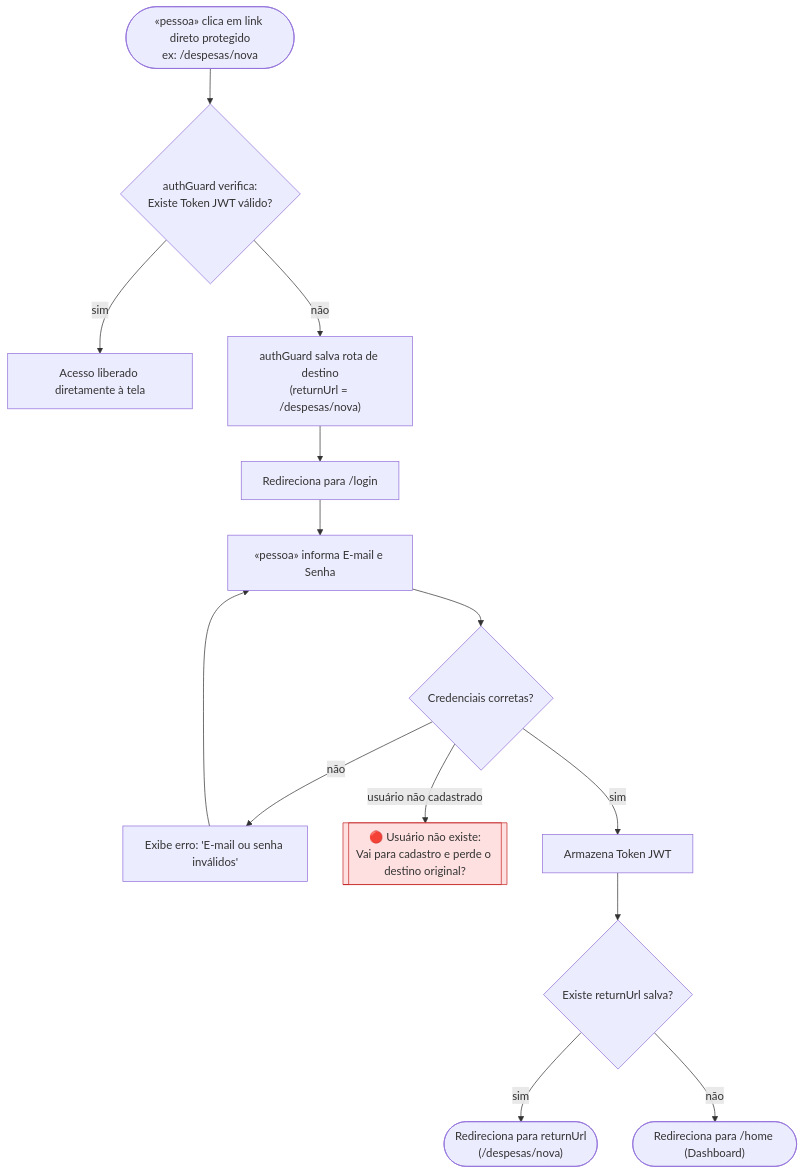
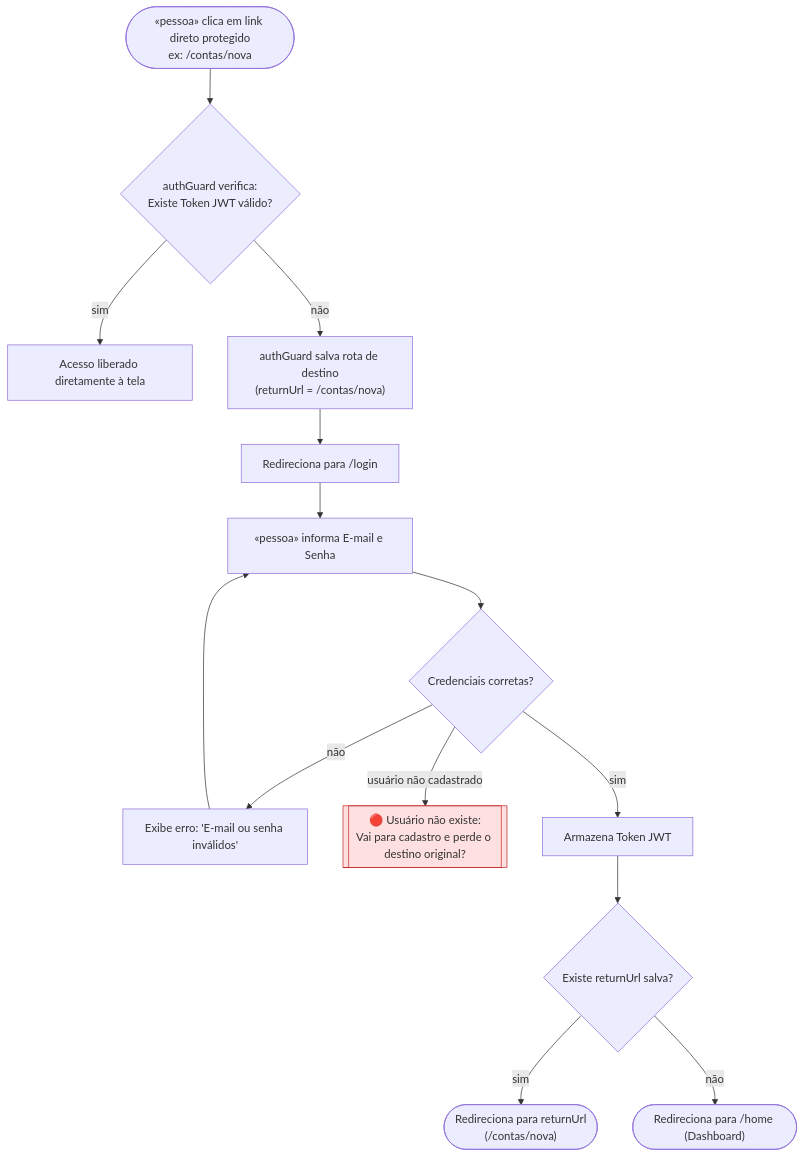
Before and after one commit to utfpr-gp/obra-certa: the third of 3 diagrams in docs/user-flows.md, drawn with Mermaid. The commit also changed other lines of this file and 32 other files, not shown here.

````diff
--- a/docs/user-flows.md
+++ b/docs/user-flows.md
@@ -110,21 +110,21 @@
 ```mermaid
 flowchart TD
-    A(["«pessoa» clica em link direto protegido<br/>ex: /despesas/nova"]) --> B{"authGuard verifica:<br/>Existe Token JWT válido?"}
+    A(["«pessoa» clica em link direto protegido<br/>ex: /contas/nova"]) --> B{"authGuard verifica:<br/>Existe Token JWT válido?"}
     
     B -->|"sim"| C["Acesso liberado diretamente à tela"]
-    B -->|"não"| D["authGuard salva rota de destino<br/>(returnUrl = /despesas/nova)"]
+    B -->|"não"| D["authGuard salva rota de destino<br/>(returnUrl = /contas/nova)"]
     
     D --> E["Redireciona para /login"]
     E --> F["«pessoa» informa E-mail e Senha"]
     F --> G{"Credenciais corretas?"}
     
     G -->|"não"| G1["Exibe erro: 'E-mail ou senha inválidos'"] --> F
     G -->|"usuário não cadastrado"| X1[["🔴 Usuário não existe:<br/>Vai para cadastro e perde o destino original?"]]
     G -->|"sim"| H["Armazena Token JWT"]
     
     H --> I{"Existe returnUrl salva?"}
-    I -->|"sim"| J(["Redireciona para returnUrl<br/>(/despesas/nova)"])
+    I -->|"sim"| J(["Redireciona para returnUrl<br/>(/contas/nova)"])
     I -->|"não"| K(["Redireciona para /home (Dashboard)"])
 
     style X1 fill:#ffe0e0,stroke:#c62828
 ```
````
